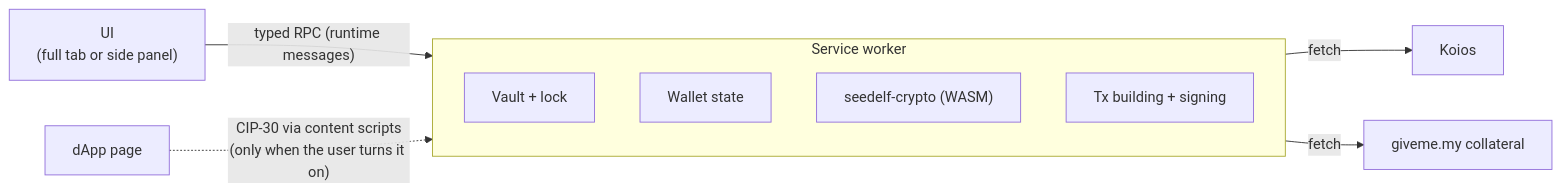
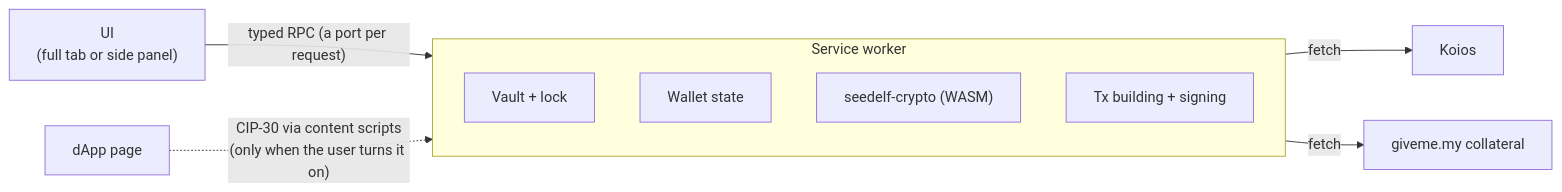
The first of 4 diagrams in seedelf-platform/seedelf-web-wallet/docs/architecture.md (logical-mechanism/Seedelf-Wallet), drawn with Mermaid before and after one commit. The commit also changed other lines of this file, not shown here.

First line of the commit message:
docs(web-wallet): the worker core's launch fixes in architecture.md (launch review H5, #17, #30, #33, #35, #36, #51, #52, #60)

````diff
--- a/seedelf-platform/seedelf-web-wallet/docs/architecture.md
+++ b/seedelf-platform/seedelf-web-wallet/docs/architecture.md
@@ -7,13 +7,13 @@
 ```mermaid
 flowchart LR
-  UI["UI<br/>(full tab or side panel)"] -- "typed RPC (runtime messages)" --> SW
+  UI["UI<br/>(full tab or side panel)"] -- "typed RPC (a port per request)" --> SW
   subgraph SW["Service worker"]
     Vault["Vault + lock"]
     Wallet["Wallet state"]
     Crypto["seedelf-crypto (WASM)"]
     Tx["Tx building + signing"]
   end
   SW -- "fetch" --> Koios["Koios"]
   SW -- "fetch" --> Collat["giveme.my collateral"]
   Page["dApp page"] -. "CIP-30 via content scripts<br/>(only when the user turns it on)" .-> SW
 ```
````
